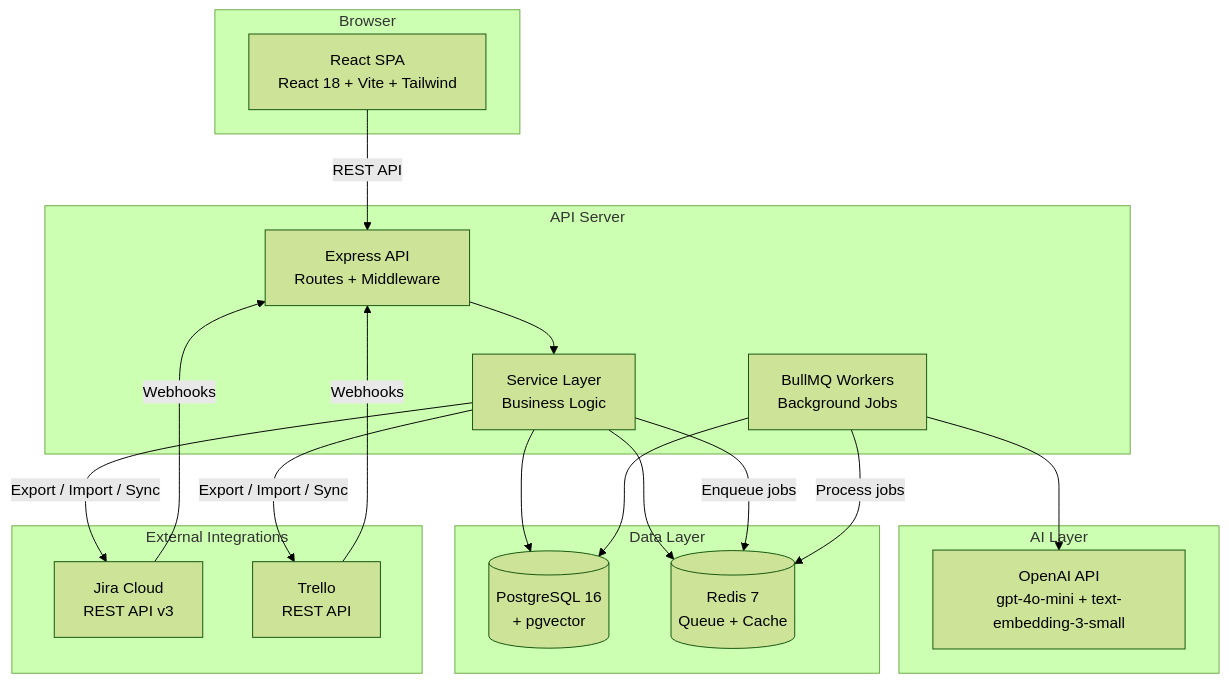
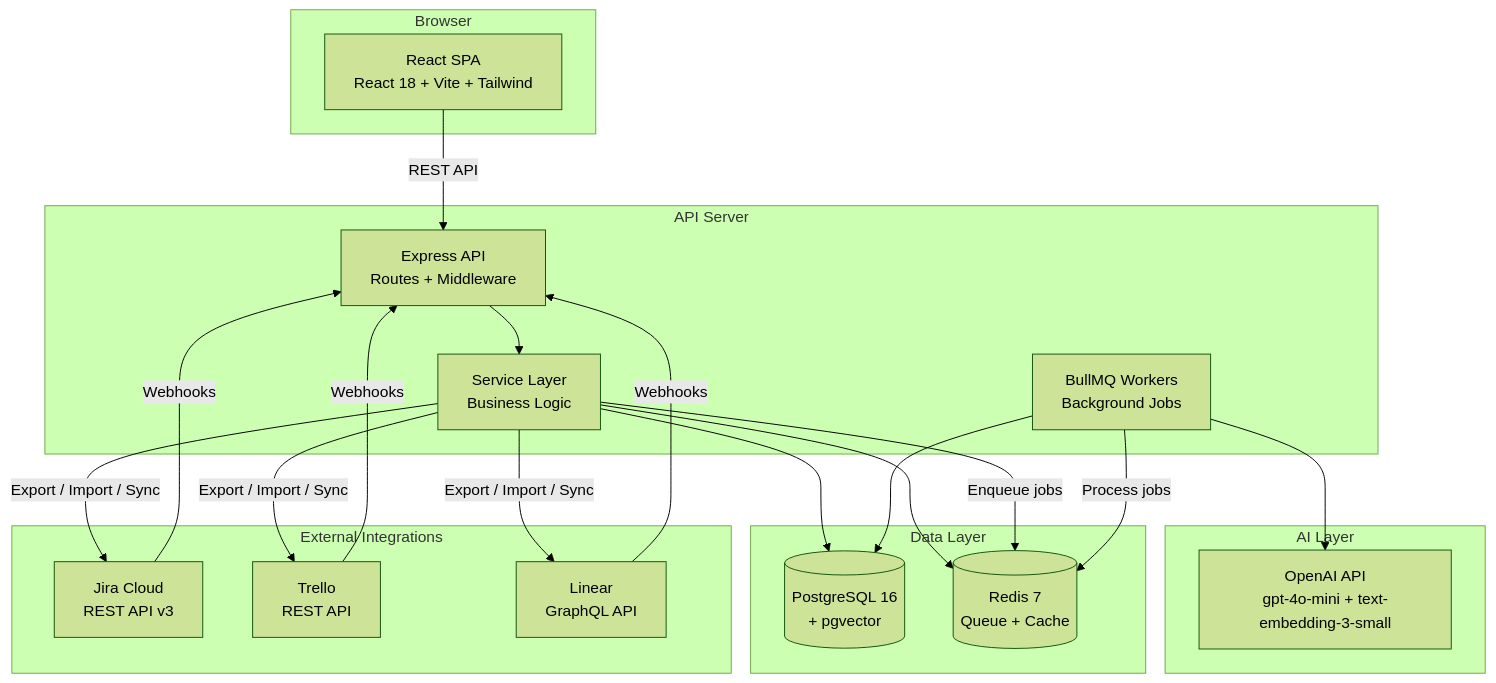
The second of 6 diagrams in docs/architecture.md (Ship-Scope/Ship-Scope), drawn with Mermaid (forest theme) before and after one commit. The commit also changed other lines of this file and 29 other files, not shown here.

Commit message:
FEATURE: Add Linear integration with bi-directional sync, webhook security, and rich attachments

````diff
--- a/docs/architecture.md
+++ b/docs/architecture.md
@@ -24,39 +24,42 @@
 ```mermaid
 graph TB
     subgraph "Browser"
         WEB[React SPA<br/>React 18 + Vite + Tailwind]
     end
 
     subgraph "API Server"
         EXPRESS[Express API<br/>Routes + Middleware]
         SERVICES[Service Layer<br/>Business Logic]
         WORKERS[BullMQ Workers<br/>Background Jobs]
     end
 
     subgraph "AI Layer"
         OPENAI[OpenAI API<br/>gpt-4o-mini + text-embedding-3-small]
     end
 
     subgraph "Data Layer"
         PG[(PostgreSQL 16<br/>+ pgvector)]
         REDIS[(Redis 7<br/>Queue + Cache)]
     end
 
     subgraph "External Integrations"
         JIRA[Jira Cloud<br/>REST API v3]
         TRELLO[Trello<br/>REST API]
+        LINEAR[Linear<br/>GraphQL API]
     end
 
     WEB -->|REST API| EXPRESS
     EXPRESS --> SERVICES
     SERVICES --> PG
     SERVICES --> REDIS
     SERVICES -->|Enqueue jobs| REDIS
     SERVICES -->|Export / Import / Sync| JIRA
     JIRA -->|Webhooks| EXPRESS
     SERVICES -->|Export / Import / Sync| TRELLO
     TRELLO -->|Webhooks| EXPRESS
+    SERVICES -->|Export / Import / Sync| LINEAR
+    LINEAR -->|Webhooks| EXPRESS
     WORKERS -->|Process jobs| REDIS
     WORKERS --> OPENAI
     WORKERS --> PG
 ```
````
